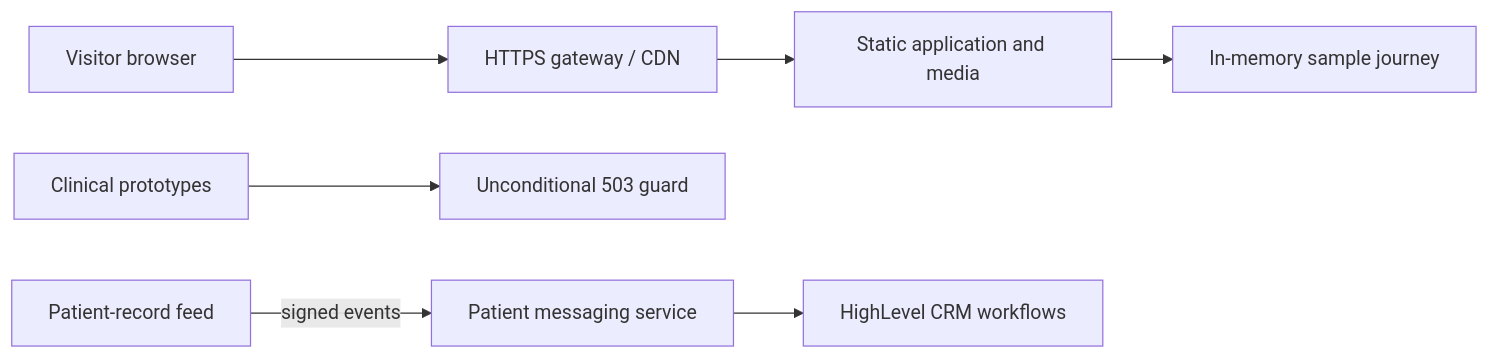
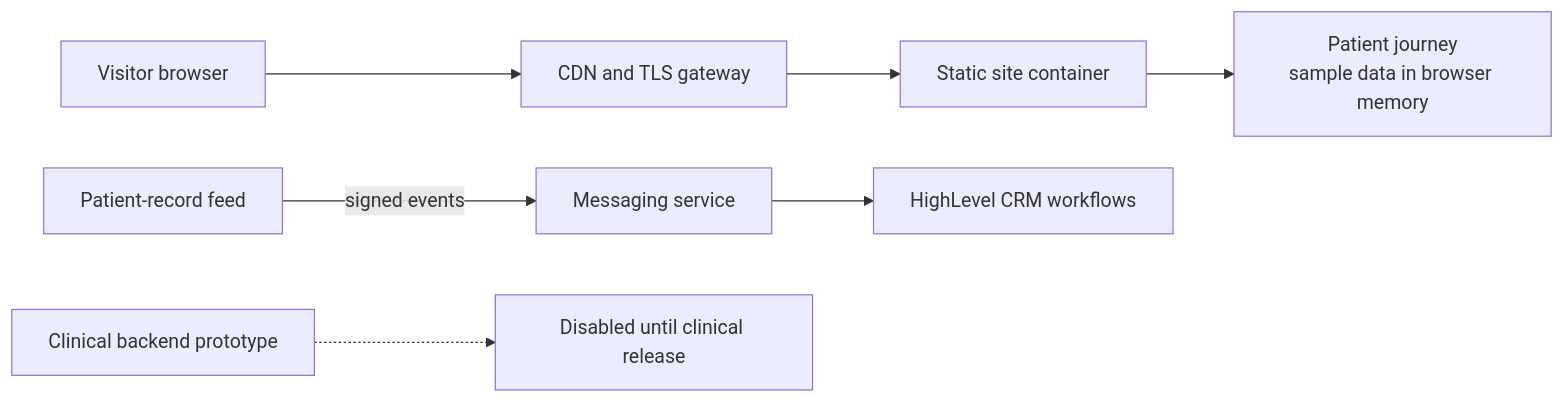
Before and after one commit to Zahidulislam2222/dental-clinic: the diagram in README.md, drawn with Mermaid. The commit also changed other lines of this file and 55 other files, not shown here.

````diff
--- a/README.md
+++ b/README.md
@@ -49,9 +61,9 @@
 ```mermaid
 flowchart LR
-    Browser[Visitor browser] --> Edge[HTTPS gateway / CDN]
-    Edge --> Static[Static application and media]
-    Static --> Journey[In-memory sample journey]
-    Backend[Clinical prototypes] --> Guard[Unconditional 503 guard]
-    Feed[Patient-record feed] -- signed events --> Messaging[Patient messaging service]
+    Visitor[Visitor browser] --> CDN[CDN and TLS gateway]
+    CDN --> Site[Static site container]
+    Site --> Journey[Patient journey<br/>sample data in browser memory]
+    Feed[Patient-record feed] -- signed events --> Messaging[Messaging service]
     Messaging --> CRM[HighLevel CRM workflows]
+    Backend[Clinical backend prototype] -.-> Gate[Disabled until clinical release]
 ```
````
